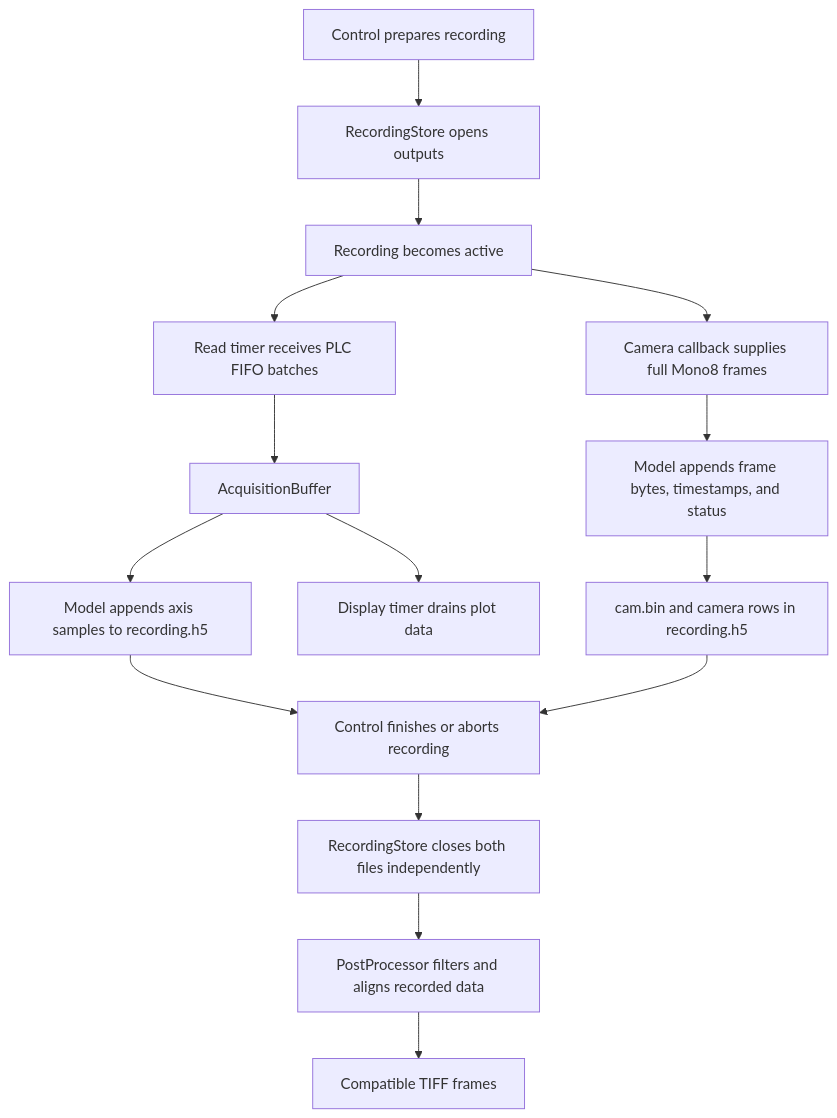
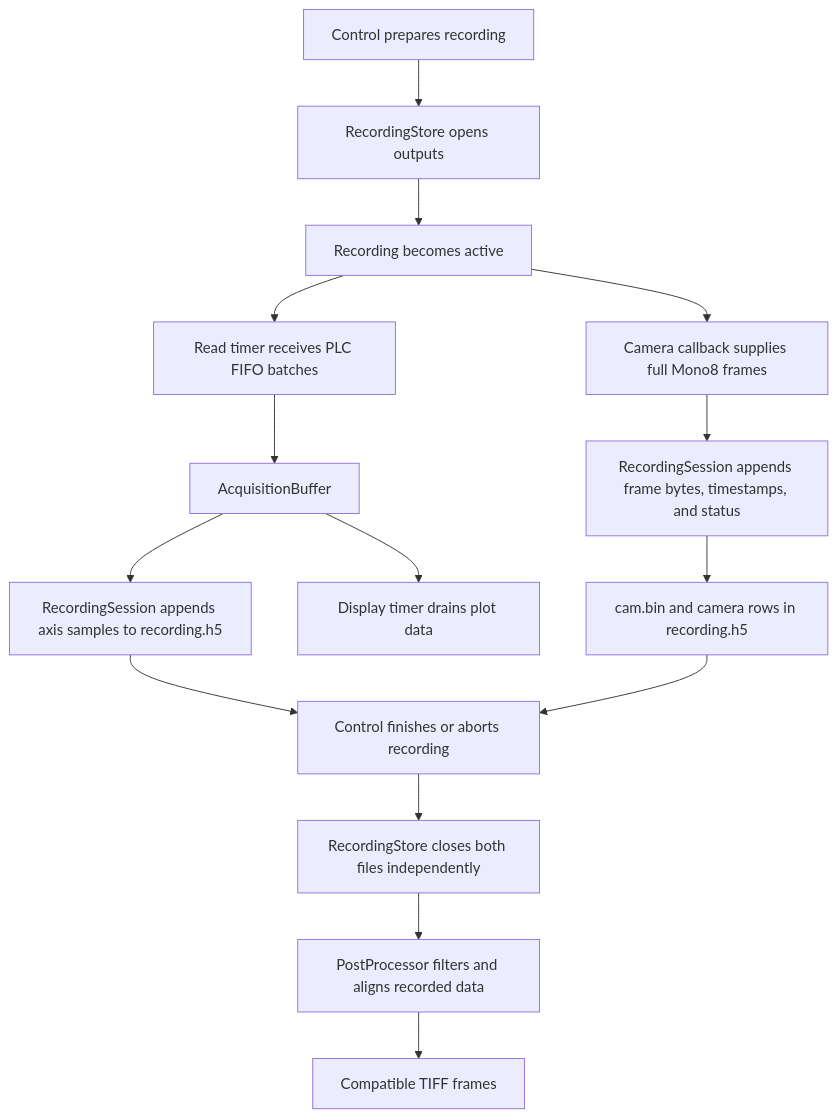
Before and after one commit to dogrinator/codebase: the third of 4 diagrams in aorty/ARCHITECTURE.md, drawn with Mermaid. The commit also changed other lines of this file and 46 other files, not shown here.

````diff
--- a/aorty/ARCHITECTURE.md
+++ b/aorty/ARCHITECTURE.md
@@ -80,17 +80,17 @@
 ```mermaid
 flowchart TD
     Start["Control prepares recording"] --> Store["RecordingStore opens outputs"]
     Store --> Ready["Recording becomes active"]
     Ready --> Camera["Camera callback supplies full Mono8 frames"]
     Ready --> Plc["Read timer receives PLC FIFO batches"]
-    Camera --> CameraWrite["Model appends frame bytes, timestamps, and status"]
+    Camera --> CameraWrite["RecordingSession appends frame bytes, timestamps, and status"]
     CameraWrite --> CamBin["cam.bin and camera rows in recording.h5"]
     Plc --> Buffer["AcquisitionBuffer"]
     Buffer --> Display["Display timer drains plot data"]
-    Buffer --> HDF5["Model appends axis samples to recording.h5"]
+    Buffer --> HDF5["RecordingSession appends axis samples to recording.h5"]
     HDF5 --> Finish["Control finishes or aborts recording"]
     CamBin --> Finish
     Finish --> Closed["RecordingStore closes both files independently"]
     Closed --> Process["PostProcessor filters and aligns recorded data"]
     Process --> TIFF["Compatible TIFF frames"]
 ```
````
